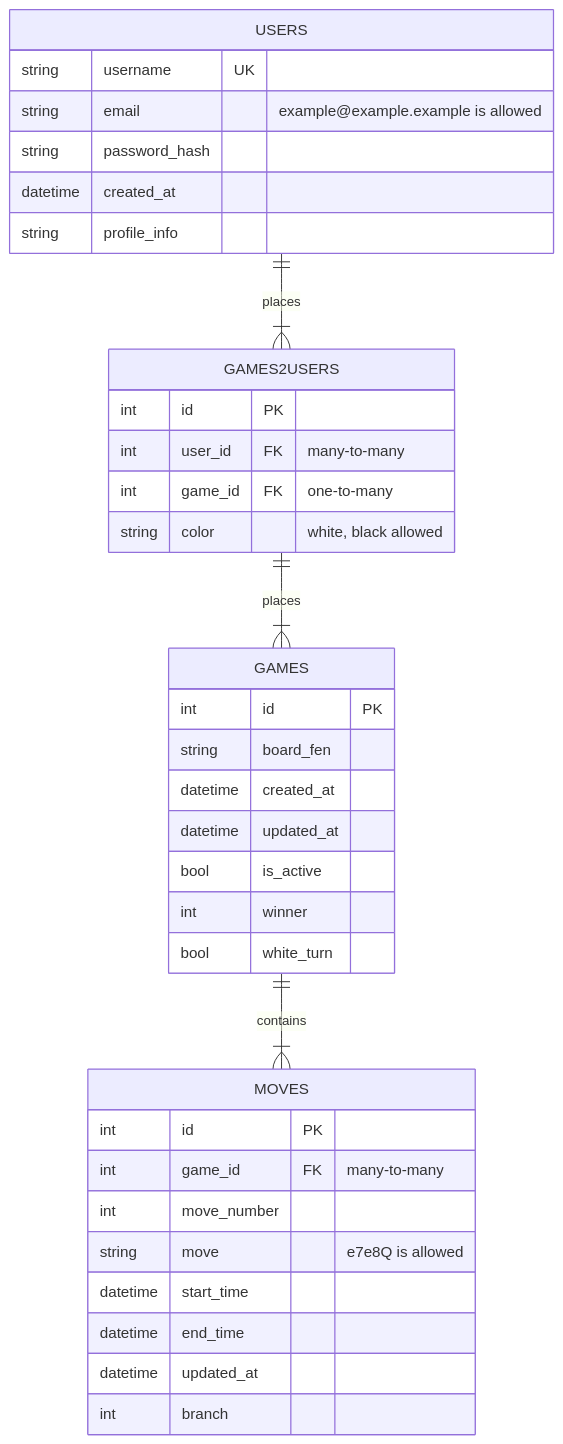
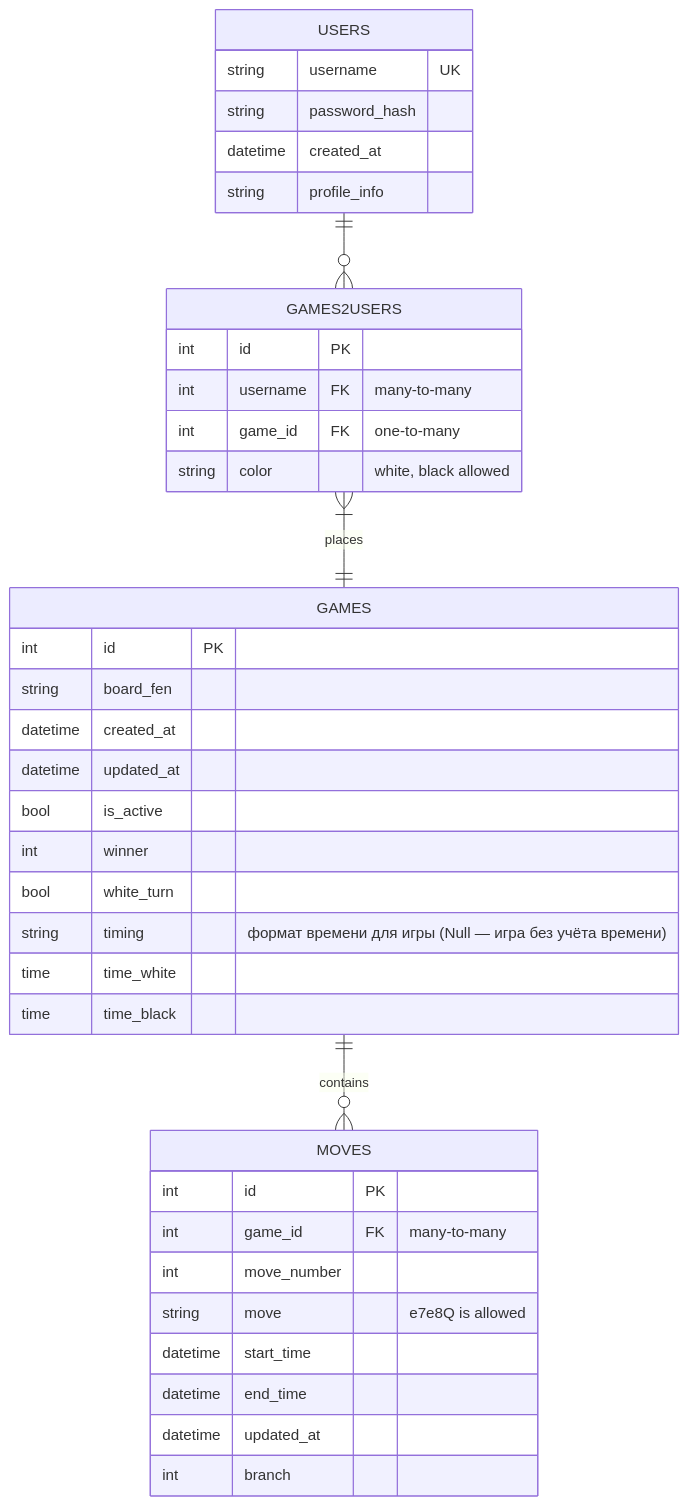
Before and after one commit to sadmadrus/chessBox: the diagram in docs/database.md, drawn with Mermaid. The commit also changed other lines of this file, not shown here.

Commit message:
multiple fixes with http status codes; typos; diagram

````diff
--- a/docs/database.md
+++ b/docs/database.md
@@ -8,38 +8,40 @@
 ```mermaid
 erDiagram
-  USERS ||--|{ GAMES2USERS : places
-  GAMES2USERS ||--|{ GAMES : places
-  GAMES ||--|{ MOVES : contains
+  USERS ||--o{ GAMES2USERS : ""
+  GAMES2USERS }|--|| GAMES : places
+  GAMES ||--o{ MOVES : contains
   MOVES {
     int id PK
     int game_id FK "many-to-many"
     int move_number
     string move "e7e8Q is allowed"
     datetime start_time
     datetime end_time
     datetime updated_at
     int branch
   }
   GAMES {
     int id PK
     string board_fen
     datetime created_at
     datetime updated_at
     bool is_active
     int winner
     bool white_turn
+    string timing "формат времени для игры (Null — игра без учёта времени)"
+    time time_white
+    time time_black
   }
   GAMES2USERS {
      int id PK
-     int user_id FK "many-to-many"
+     int username FK "many-to-many"
      int game_id FK "one-to-many"
      string color "white, black allowed"
    }
   USERS {
     string username UK
-    string email "example@example.example is allowed"
     string password_hash
     datetime created_at
     string profile_info
   }
 ```
````
